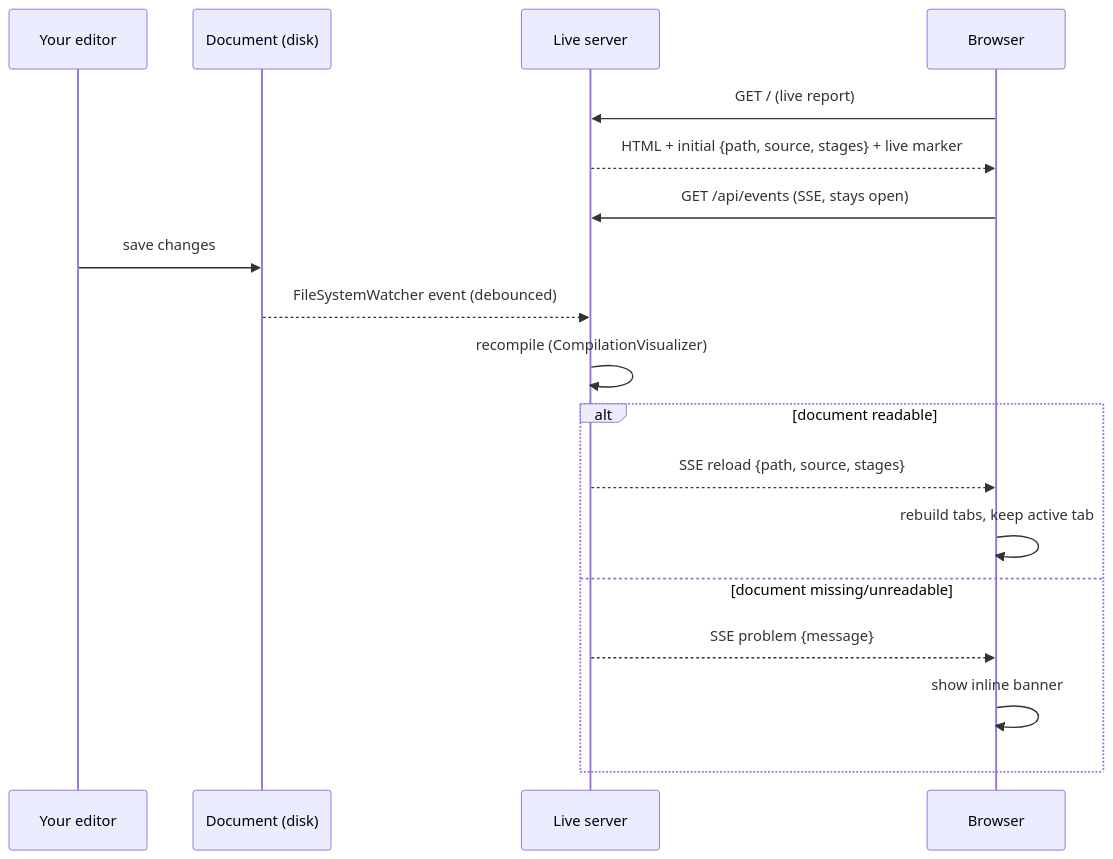
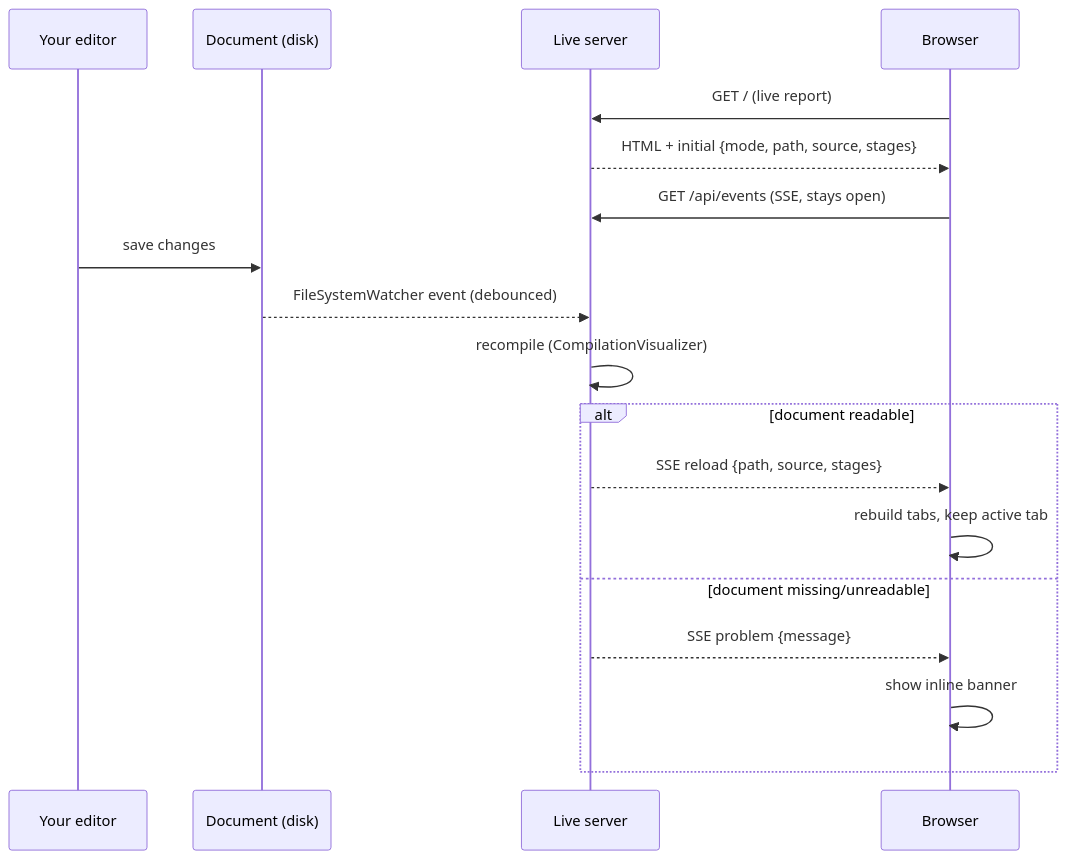
One commit to pengzhengyi/godot-dialoguedown changed the second of 2 diagrams in docs/Implementation Notes/Live Visualization - Hot Reload.md. Above: the diagram before and after it, drawn with Mermaid. The commit also changed other lines of this file, not shown here.

First line of the commit message:
docs(live-hot-reload): record consent-gated asset hosting

````diff
--- a/docs/Implementation Notes/Live Visualization - Hot Reload.md
+++ b/docs/Implementation Notes/Live Visualization - Hot Reload.md
@@ -149,21 +157,21 @@
 ```mermaid
 sequenceDiagram
     participant Editor as Your editor
     participant Disk as Document (disk)
     participant Server as Live server
     participant Browser
 
     Browser->>Server: GET / (live report)
-    Server-->>Browser: HTML + initial {path, source, stages} + live marker
+    Server-->>Browser: HTML + initial {mode, path, source, stages}
     Browser->>Server: GET /api/events (SSE, stays open)
     Editor->>Disk: save changes
     Disk-->>Server: FileSystemWatcher event (debounced)
     Server->>Server: recompile (CompilationVisualizer)
     alt document readable
         Server-->>Browser: SSE reload {path, source, stages}
         Browser->>Browser: rebuild tabs, keep active tab
     else document missing/unreadable
         Server-->>Browser: SSE problem {message}
         Browser->>Browser: show inline banner
     end
 ```
````
